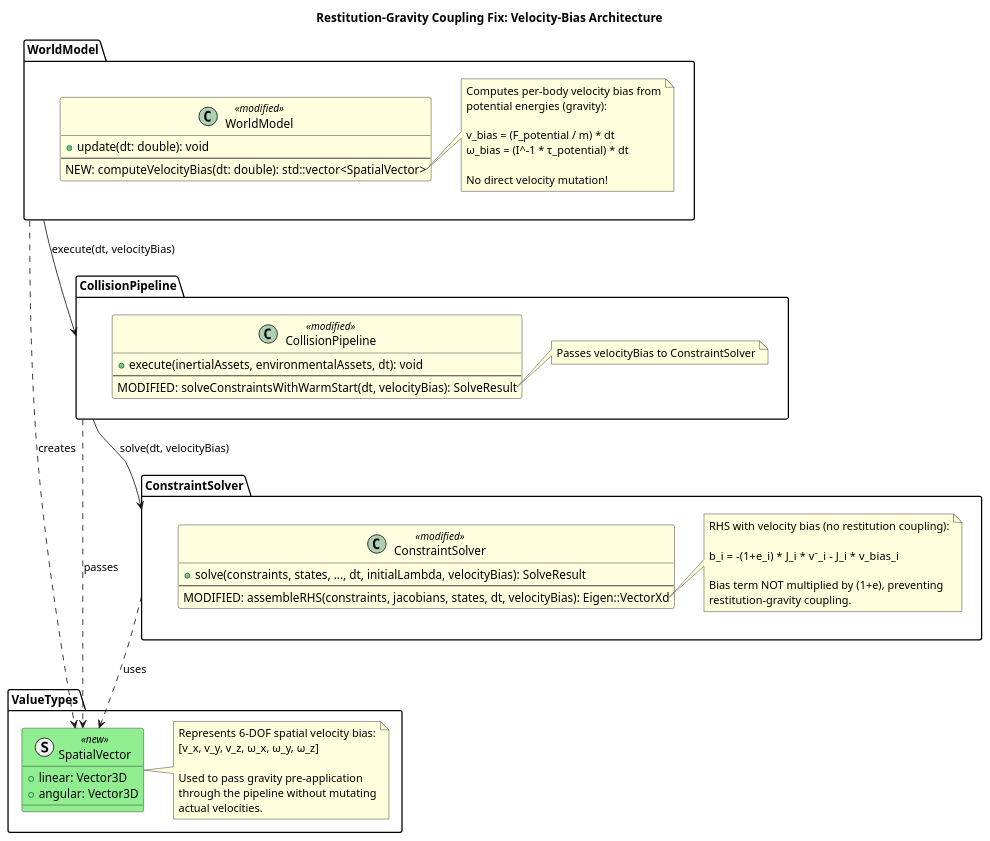
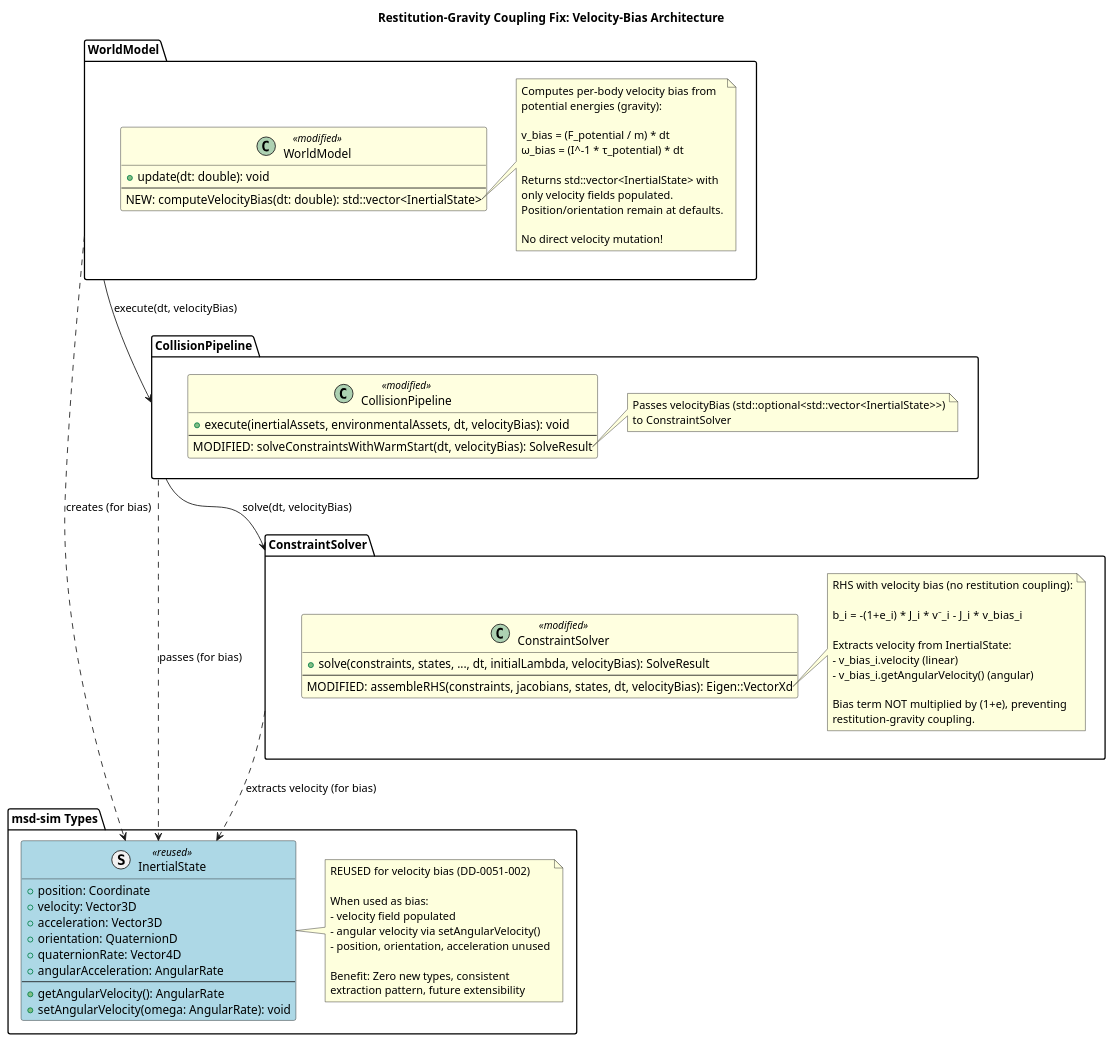
The diagram in docs/designs/0051_restitution_gravity_coupling/0051_restitution_gravity_coupling.puml (danielnewman09/MSD-CPP), drawn with PlantUML before and after one commit. The commit also changed 1 other file, not shown here.

Commit message:
design: revise 0051 to align diagram with DD-0051-002 (use InertialState, not SpatialVector)

```diff
--- a/docs/designs/0051_restitution_gravity_coupling/0051_restitution_gravity_coupling.puml
+++ b/docs/designs/0051_restitution_gravity_coupling/0051_restitution_gravity_coupling.puml
@@ -1,79 +1,99 @@
 @startuml
 skinparam class {
     BackgroundColor<<new>> LightGreen
     BackgroundColor<<modified>> LightYellow
+    BackgroundColor<<reused>> LightBlue
 }
 
 title Restitution-Gravity Coupling Fix: Velocity-Bias Architecture
 
 package "WorldModel" {
   class WorldModel <<modified>> {
     +update(dt: double): void
     --
-    {method} NEW: computeVelocityBias(dt: double): std::vector<SpatialVector>
+    {method} NEW: computeVelocityBias(dt: double): std::vector<InertialState>
   }
 
   note right of WorldModel::computeVelocityBias
     Computes per-body velocity bias from
     potential energies (gravity):
 
     v_bias = (F_potential / m) * dt
     ω_bias = (I^-1 * τ_potential) * dt
 
+    Returns std::vector<InertialState> with
+    only velocity fields populated.
+    Position/orientation remain at defaults.
+
     No direct velocity mutation!
   end note
 }
 
 package "CollisionPipeline" {
   class CollisionPipeline <<modified>> {
-    +execute(inertialAssets, environmentalAssets, dt): void
+    +execute(inertialAssets, environmentalAssets, dt, velocityBias): void
     --
     {method} MODIFIED: solveConstraintsWithWarmStart(dt, velocityBias): SolveResult
   }
 
   note right of CollisionPipeline::solveConstraintsWithWarmStart
-    Passes velocityBias to ConstraintSolver
+    Passes velocityBias (std::optional<std::vector<InertialState>>)
+    to ConstraintSolver
   end note
 }
 
 package "ConstraintSolver" {
   class ConstraintSolver <<modified>> {
     +solve(constraints, states, ..., dt, initialLambda, velocityBias): SolveResult
     --
     {method} MODIFIED: assembleRHS(constraints, jacobians, states, dt, velocityBias): Eigen::VectorXd
   }
 
   note right of ConstraintSolver::assembleRHS
     RHS with velocity bias (no restitution coupling):
 
     b_i = -(1+e_i) * J_i * v⁻_i  -  J_i * v_bias_i
 
+    Extracts velocity from InertialState:
+    - v_bias_i.velocity (linear)
+    - v_bias_i.getAngularVelocity() (angular)
+
     Bias term NOT multiplied by (1+e), preventing
     restitution-gravity coupling.
   end note
 }
 
-package "ValueTypes" {
-  struct SpatialVector <<new>> {
-    +linear: Vector3D
-    +angular: Vector3D
+package "msd-sim Types" {
+  struct InertialState <<reused>> {
+    +position: Coordinate
+    +velocity: Vector3D
+    +acceleration: Vector3D
+    +orientation: QuaternionD
+    +quaternionRate: Vector4D
+    +angularAcceleration: AngularRate
+    --
+    +getAngularVelocity(): AngularRate
+    +setAngularVelocity(omega: AngularRate): void
   }
 
-  note right of SpatialVector
-    Represents 6-DOF spatial velocity bias:
-    [v_x, v_y, v_z, ω_x, ω_y, ω_z]
+  note right of InertialState
+    REUSED for velocity bias (DD-0051-002)
 
-    Used to pass gravity pre-application
-    through the pipeline without mutating
-    actual velocities.
+    When used as bias:
+    - velocity field populated
+    - angular velocity via setAngularVelocity()
+    - position, orientation, acceleration unused
+
+    Benefit: Zero new types, consistent
+    extraction pattern, future extensibility
   end note
 }
 
 ' Relationships
 WorldModel --> CollisionPipeline : execute(dt, velocityBias)
 CollisionPipeline --> ConstraintSolver : solve(dt, velocityBias)
-WorldModel ..> SpatialVector : creates
-CollisionPipeline ..> SpatialVector : passes
-ConstraintSolver ..> SpatialVector : uses
+WorldModel ..> InertialState : creates (for bias)
+CollisionPipeline ..> InertialState : passes (for bias)
+ConstraintSolver ..> InertialState : extracts velocity (for bias)
 
 @enduml
```
